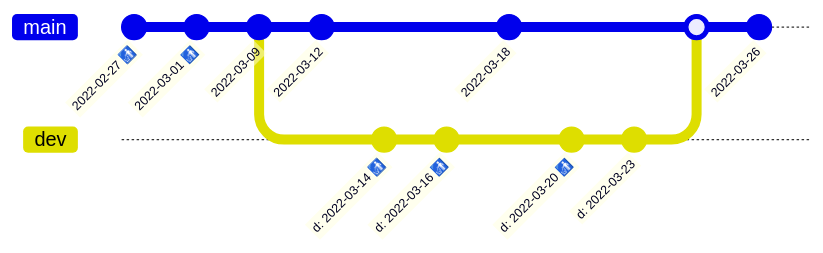
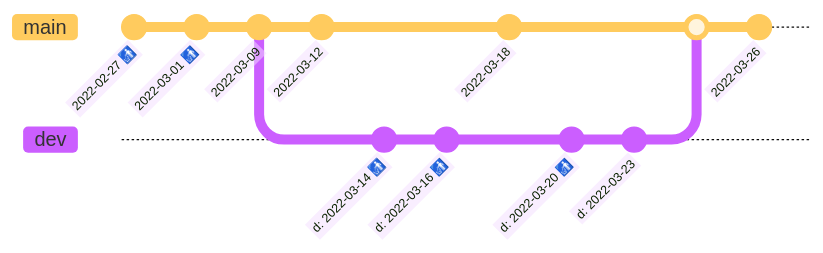
The diagram in docs/reference/garbage-collection.md (treeverse/lakeFS), drawn with Mermaid before and after one commit.

Commit message:
Improve diagram formatting, rotate commit labels

````diff
--- a/docs/reference/garbage-collection.md
+++ b/docs/reference/garbage-collection.md
@@ -66,20 +66,21 @@
   ```mermaid
+  %%{init: { 'theme': 'base', 'gitGraph': {'rotateCommitLabel': true}} }%%
   gitGraph
 	  commit id: "2022-02-27 🚮"
 	  commit id: "2022-03-01 🚮"
 	  commit id: "2022-03-09"
   branch dev
   checkout main
 	  commit id: "2022-03-12"
   checkout dev
 	  commit id: "d: 2022-03-14 🚮"
 	  commit id: "d: 2022-03-16 🚮"
   checkout main
 	  commit id: "2022-03-18"
   checkout dev
 	  commit id: "d: 2022-03-20 🚮"
 	  commit id: "d: 2022-03-23"
   checkout main
   merge dev
 	  commit id: "2022-03-26"
   ```
````
